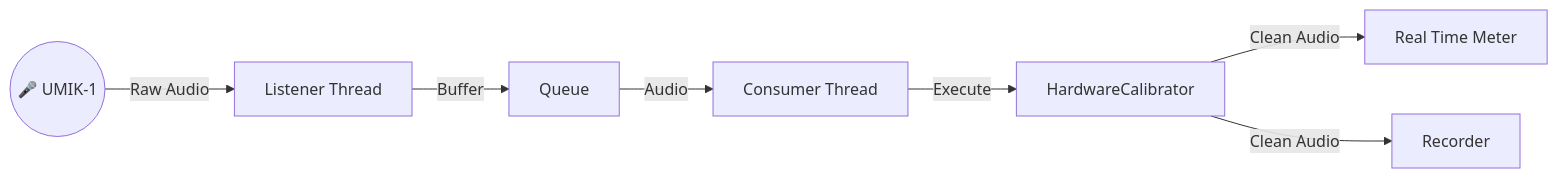
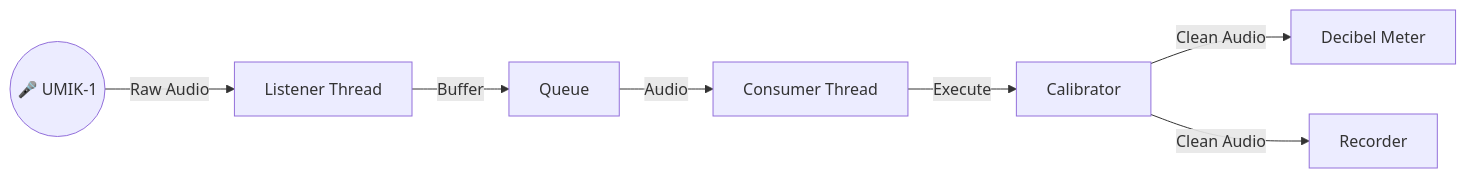
One commit to danielfcollier/py-umik-base-app changed the diagram in README.md. Above: the diagram before and after it, drawn with Mermaid. The commit also changed other lines of this file and 28 other files, not shown here.

````diff
--- a/README.md
+++ b/README.md
@@ -74,10 +83,10 @@
 ```mermaid
 graph LR
     Mic((🎤 UMIK-1)) -->|Raw Audio| Producer[Listener Thread]
     Producer -->|Buffer| Queue[Queue]
     Queue -->|Audio| Consumer[Consumer Thread]
     
-    Consumer -->|Execute| HardwareCalibrator[HardwareCalibrator]
-    HardwareCalibrator -->|Clean Audio| Meter[Real Time Meter]
-    HardwareCalibrator -->|Clean Audio| Recorder[Recorder]
+    Consumer -->|Execute| Calibrator[Calibrator]
+    Calibrator -->|Clean Audio| Meter[Decibel Meter]
+    Calibrator -->|Clean Audio| Recorder[Recorder]
 ```
````
